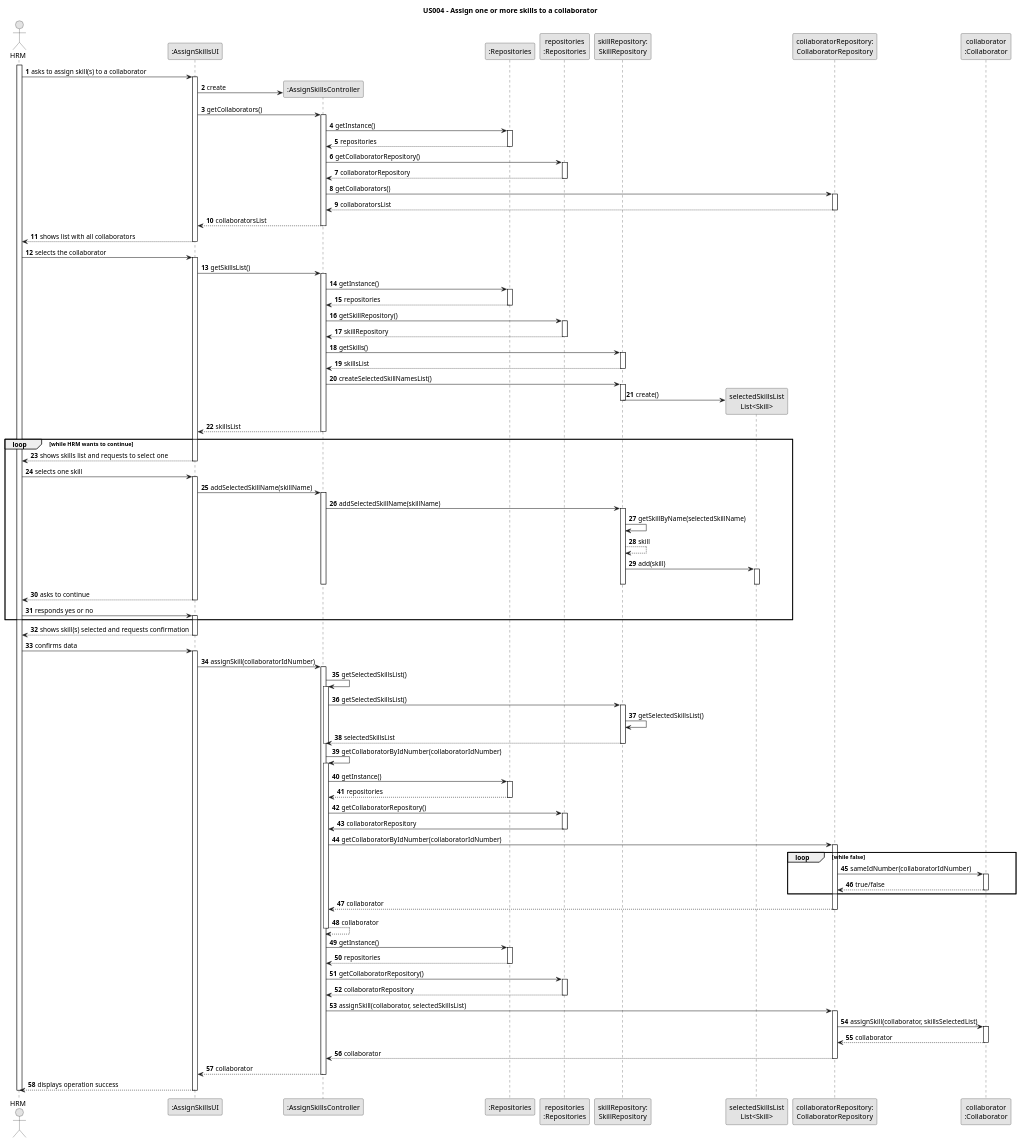
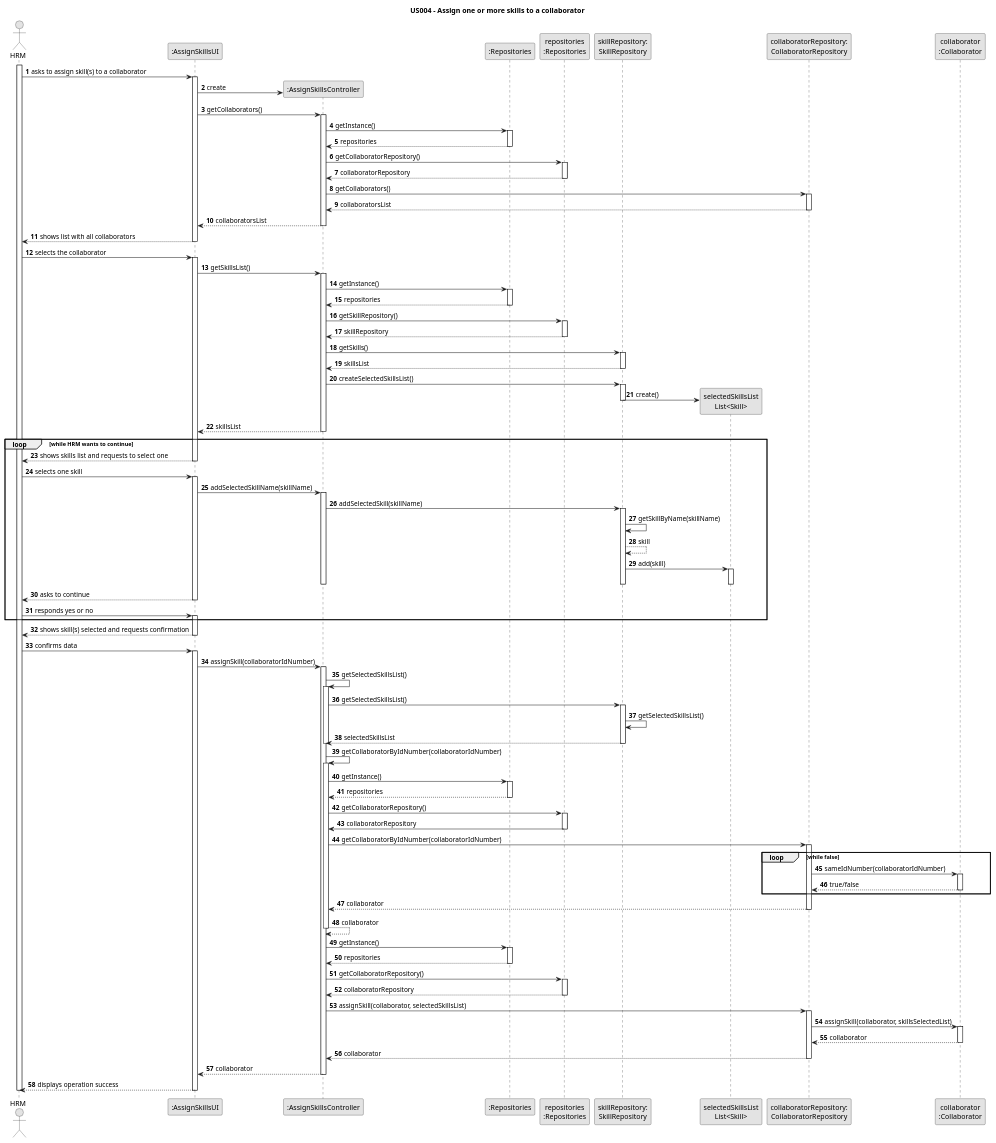
Before and after one commit to Departamento-de-Engenharia-Informatica/lei-24-s2-1dm-g132: the diagram in docs/sprintB/us004/03.design/puml/us004-sequence-diagram-full.puml, drawn with PlantUML. The commit also changed 5 other files, not shown here.

Commit message:
US04 fixed typos in sequence diagram full and partials

```diff
--- a/docs/sprintB/us004/03.design/puml/us004-sequence-diagram-full.puml
+++ b/docs/sprintB/us004/03.design/puml/us004-sequence-diagram-full.puml
@@ -75,7 +75,7 @@
             SkillRepository --> CTRL : skillsList
             deactivate SkillRepository
 
-            CTRL -> SkillRepository : createSelectedSkillNamesList()
+            CTRL -> SkillRepository : createSelectedSkillsList()
             activate SkillRepository
 
                 SkillRepository -> selectedSkillsList** : create()
@@ -94,10 +94,10 @@
     UI -> CTRL : addSelectedSkillName(skillName)
     activate CTRL
 
-        CTRL -> SkillRepository: addSelectedSkillName(skillName)
+        CTRL -> SkillRepository: addSelectedSkill(skillName)
         activate SkillRepository
 
-            SkillRepository -> SkillRepository: getSkillByName(selectedSkillName)
+            SkillRepository -> SkillRepository: getSkillByName(skillName)
 
             SkillRepository --> SkillRepository: skill
             SkillRepository -> selectedSkillsList : add(skill)
```
